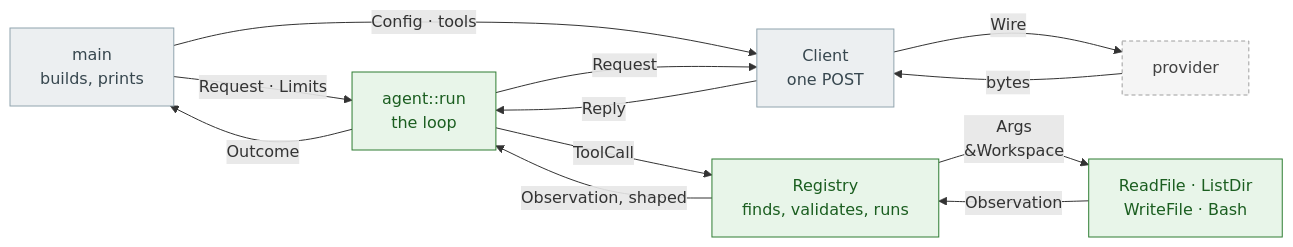
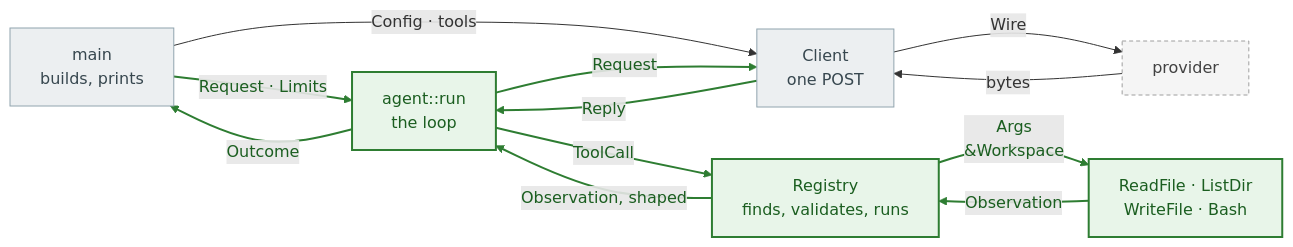
The diagram in diagrams/p2-structs.mmd (skinssong/my_harness), drawn with Mermaid before and after one commit. The commit also changed 12 other files, not shown here.

```diff
--- a/diagrams/p2-structs.mmd
+++ b/diagrams/p2-structs.mmd
@@ -1,24 +1,26 @@
 flowchart LR
     MAIN["main<br/>builds, prints"]:::existing
     LOOP["agent::run<br/>the loop"]:::added
     CLIENT["Client<br/>one POST"]:::existing
     REG["Registry<br/>finds, validates, runs"]:::added
     TOOLS["ReadFile · ListDir<br/>WriteFile · Bash"]:::added
     PROV["provider"]:::external
 
     MAIN -->|"Request · Limits"| LOOP
     MAIN -->|"Config · tools"| CLIENT
     LOOP -->|"Request"| CLIENT
     CLIENT -->|"Wire"| PROV
     PROV -->|"bytes"| CLIENT
     CLIENT -->|"Reply"| LOOP
     LOOP -->|"ToolCall"| REG
     REG -->|"Args<br/>&amp;Workspace"| TOOLS
     TOOLS -->|"Observation"| REG
     REG -->|"Observation, shaped"| LOOP
     LOOP -->|"Outcome"| MAIN
 
     classDef existing fill:#ECEFF1,stroke:#90A4AE,color:#37474F
-    classDef added fill:#E8F5E9,stroke:#2E7D32,color:#1B5E20
+    classDef added fill:#E8F5E9,stroke:#2E7D32,stroke-width:2px,color:#1B5E20
     classDef changed fill:#FFF3E0,stroke:#EF6C00,color:#E65100
     classDef external fill:#F5F5F5,stroke:#9E9E9E,color:#424242,stroke-dasharray:4 3
+    %% linkStyle-new-edges
+    linkStyle 0,2,5,6,7,8,9,10 stroke:#2E7D32,stroke-width:2px,color:#1B5E20
```
